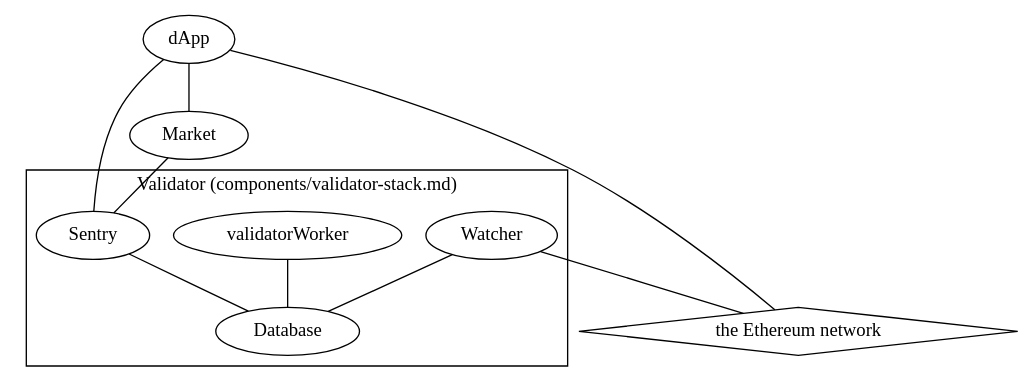
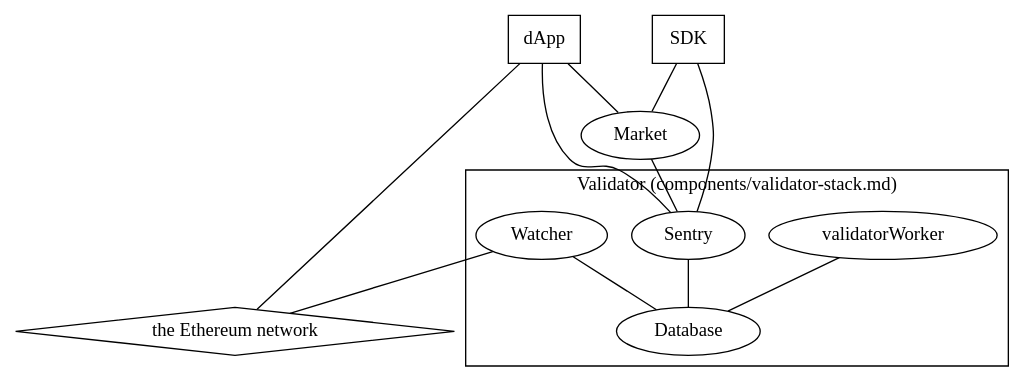
Before and after one commit to AmbireTech/adex-protocol: the diagram in architecture.dot, drawn with Graphviz. The commit also changed 1 other file, not shown here.

Commit message:
architecture graph updated

```diff
--- a/architecture.dot
+++ b/architecture.dot
@@ -1,23 +1,26 @@
 graph {
 	// @TODO: users, SDK
 	// @TODO: can we visualize what data flows between the components?
 	// @TODO: most validator stack components use the adapter, and the adapter uses adex-protocol-eth
 	subgraph cluster_validator {
 		label="Validator (components/validator-stack.md)";
 		db[label="Database"];
 		worker[label="validatorWorker"];
 		sentry[label="Sentry"];
 		watcher[label="Watcher"];
 		worker -- db;
 		sentry -- db;
 		watcher -- db;
 	}
-	dapp[label="dApp"];
 	market[label="Market"];
 	market -- sentry;
 	ethereum[label="the Ethereum network", shape="diamond"];
 	watcher -- ethereum;
+	dapp[label="dApp",shape="box"];
 	dapp -- market;
 	dapp -- sentry;
 	dapp -- ethereum;
+	SDK[shape="box"];
+	SDK -- sentry;
+	SDK -- market;
 }
```
